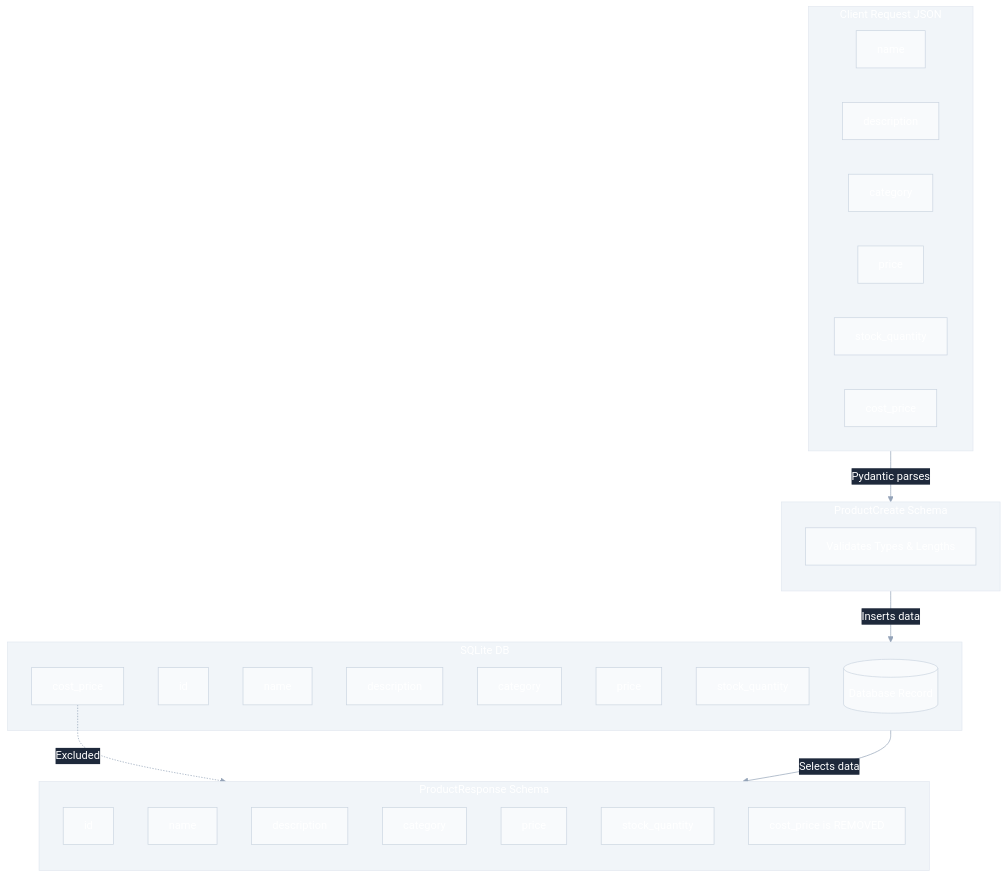
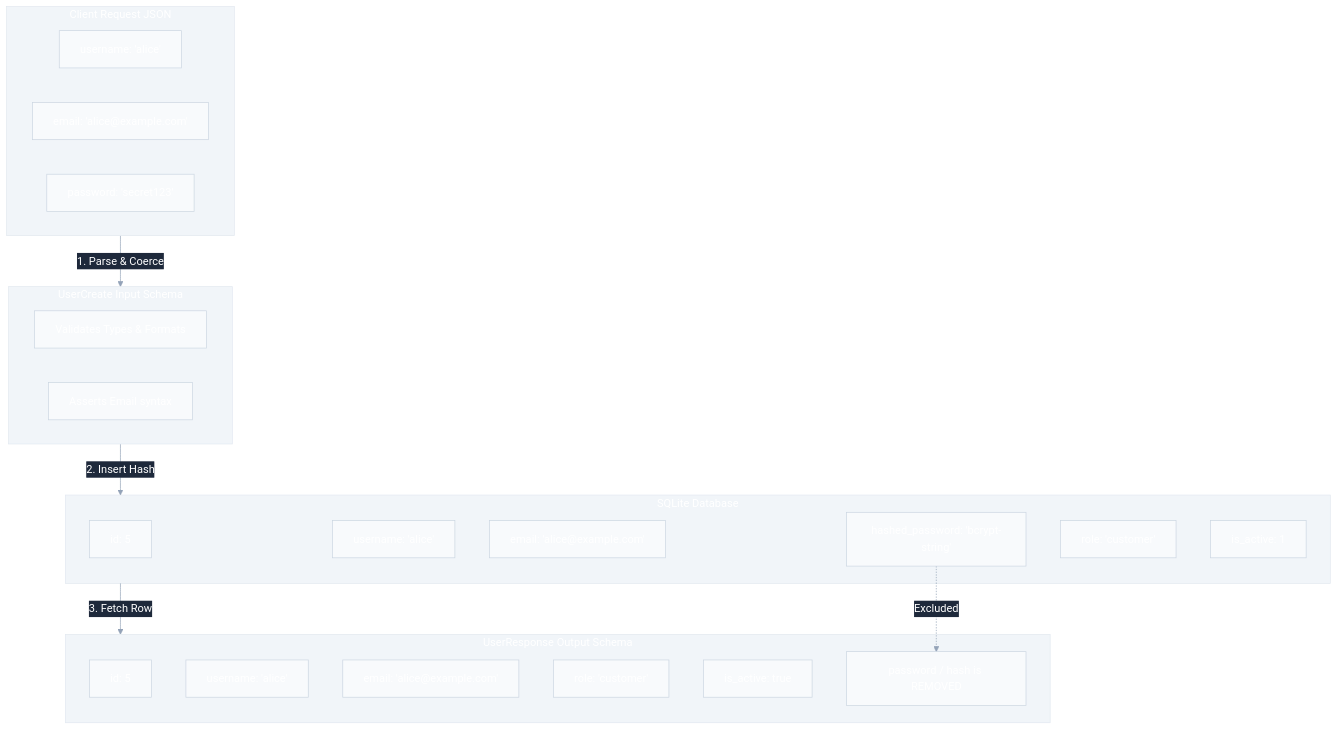
Before and after one commit to nakul-cloud/ecommerce-api: the diagram in app/schemas/README.md, drawn with Mermaid. The commit also changed other lines of this file and 8 other files, not shown here.

Commit message:
docs: add comprehensive architecture documentation across app modules

````diff
--- a/app/schemas/README.md
+++ b/app/schemas/README.md
@@ -60,44 +23,37 @@
 ```mermaid
-%%{init: {'theme': 'base', 'themeVariables': {'primaryColor': '#4f46e5', 'primaryTextColor': '#ffffff', 'primaryBorderColor': '#3730a3', 'lineColor': '#94a3b8', 'secondaryColor': '#10b981', 'tertiaryColor': '#f59e0b', 'background': '#ffffff', 'mainBkg': '#f8fafc', 'nodeBorder': '#cbd5e1', 'nodeTextColor': '#1e293b', 'textColor': '#ffffff', 'titleColor': '#ffffff', 'edgeLabelBackground': '#1e293b', 'clusterBkg': '#f1f5f9', 'clusterBorder': '#e2e8f0', 'actorBkg': '#f8fafc', 'actorBorder': '#cbd5e1', 'actorTextColor': '#1e293b', 'signalColor': '#4f46e5', 'signalTextColor': '#ffffff', 'noteBkgColor': '#fef08a', 'noteBorderColor': '#facc15', 'noteTextColor': '#713f12'}}}%%
+%%{init: {'theme': 'base', 'themeVariables': {'primaryColor': '#4f46e5', 'primaryTextColor': '#ffffff', 'primaryBorderColor': '#3730a3', 'lineColor': '#94a3b8', 'secondaryColor': '#10b981', 'tertiaryColor': '#f59e0b', 'background': '#ffffff', 'mainBkg': '#f8fafc', 'nodeBorder': '#cbd5e1', 'nodeTextColor': '#1e293b', 'textColor': '#ffffff', 'titleColor': '#ffffff', 'edgeLabelBackground': '#1e293b', 'clusterBkg': '#f1f5f9', 'clusterBorder': '#e2e8f0', 'textColor': '#334155'}}}%%
 flowchart TD
-    subgraph ClientRequest [Client Request JSON]
-        R1[name]
-        R2[description]
-        R3[category]
-        R4[price]
-        R5[stock_quantity]
-        R6[cost_price]
+    subgraph ClientReq [Client Request JSON]
+        R1[username: 'alice']
+        R2[email: 'alice@example.com']
+        R3[password: 'secret123']
     end
 
-    subgraph Validation [ProductCreate Schema]
-        direction TB
-        V1[Validates Types & Lengths]
+    subgraph InputSchema [UserCreate Input Schema]
+        V1[Validates Types & Formats]
+        V2[Asserts Email syntax]
     end
 
-    subgraph Database [SQLite DB]
-        D1[(Database Record)]
-        D2[id]
-        D3[name]
-        D4[description]
-        D5[category]
-        D6[price]
-        D7[stock_quantity]
-        D8[cost_price]
+    subgraph DBStore [SQLite Database]
+        D1[id: 5]
+        D2[username: 'alice']
+        D3[email: 'alice@example.com']
+        D4[hashed_password: 'bcrypt-string']
+        D5[role: 'customer']
+        D6[is_active: 1]
     end
 
-    subgraph Response [ProductResponse Schema]
-        direction TB
-        Out1[id]
-        Out2[name]
-        Out3[description]
-        Out4[category]
-        Out5[price]
-        Out6[stock_quantity]
-        Note1[cost_price is REMOVED]
+    subgraph OutputSchema [UserResponse Output Schema]
+        O1[id: 5]
+        O2[username: 'alice']
+        O3[email: 'alice@example.com']
+        O4[role: 'customer']
+        O5[is_active: true]
+        Note1[password / hash is REMOVED]
     end
 
-    ClientRequest -->|Pydantic parses| Validation
-    Validation -->|Inserts data| Database
-    Database -->|Selects data| Response
-    D8 -.->|Excluded| Note1
+    ClientReq -->|1. Parse & Coerce| InputSchema
+    InputSchema -->|2. Insert Hash| DBStore
+    DBStore -->|3. Fetch Row| OutputSchema
+    D4 -.->|Excluded| Note1
 ```
````
